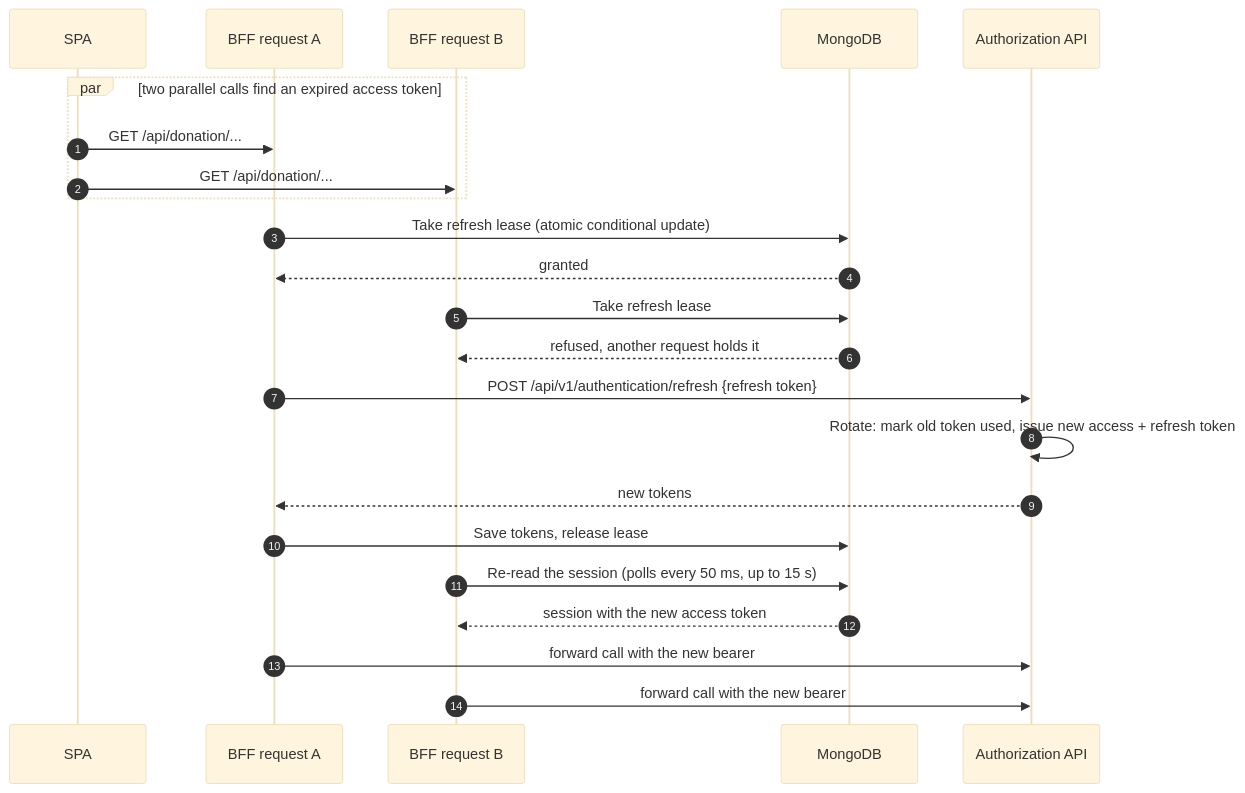
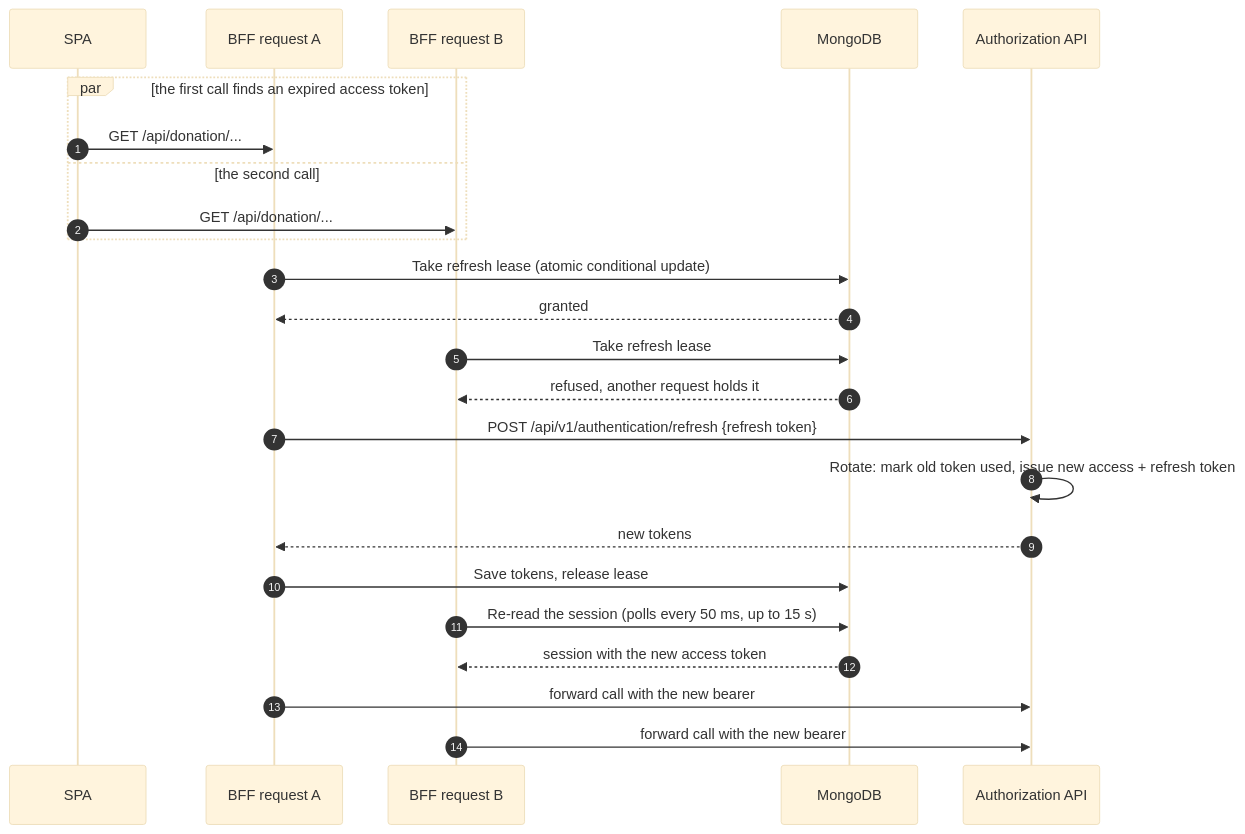
Before and after one commit to wouterfennis/TimeForCode: the fourth of 11 diagrams in docs/authentication/authentication_flow_design.md, drawn with Mermaid (base theme). The commit also changed other lines of this file and 79 other files, not shown here.

````diff
--- a/docs/authentication/authentication_flow_design.md
+++ b/docs/authentication/authentication_flow_design.md
@@ -132,26 +130,27 @@
 ```mermaid
 sequenceDiagram
     autonumber
     participant SPA
     participant A as BFF request A
     participant B as BFF request B
     participant DB as MongoDB
     participant Auth as Authorization API
 
-    par two parallel calls find an expired access token
+    par the first call finds an expired access token
         SPA->>A: GET /api/donation/...
+    and the second call
         SPA->>B: GET /api/donation/...
     end
     A->>DB: Take refresh lease (atomic conditional update)
     DB-->>A: granted
     B->>DB: Take refresh lease
     DB-->>B: refused, another request holds it
     A->>Auth: POST /api/v1/authentication/refresh {refresh token}
     Auth->>Auth: Rotate: mark old token used, issue new access + refresh token
     Auth-->>A: new tokens
     A->>DB: Save tokens, release lease
     B->>DB: Re-read the session (polls every 50 ms, up to 15 s)
     DB-->>B: session with the new access token
     A->>Auth: forward call with the new bearer
     B->>Auth: forward call with the new bearer
 ```
````
